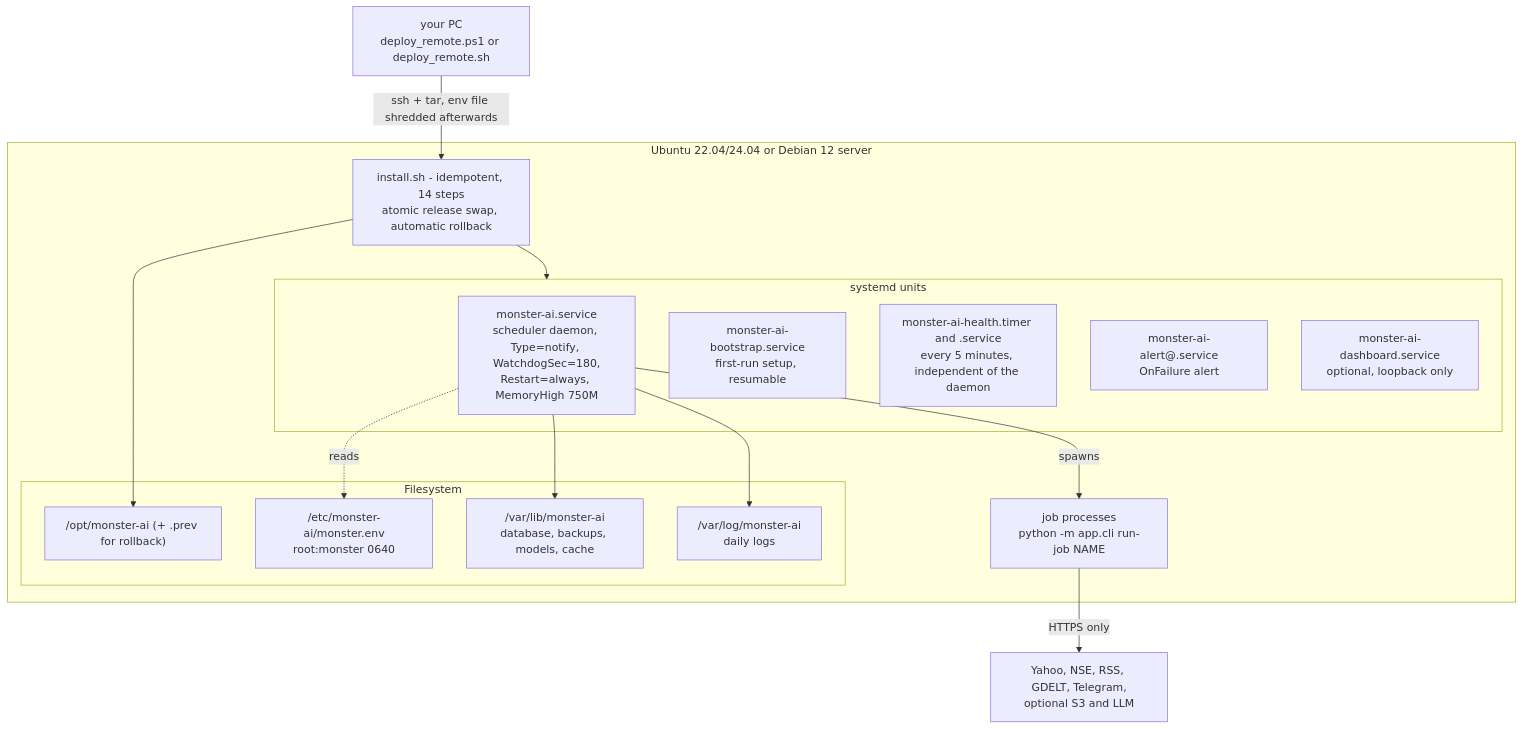
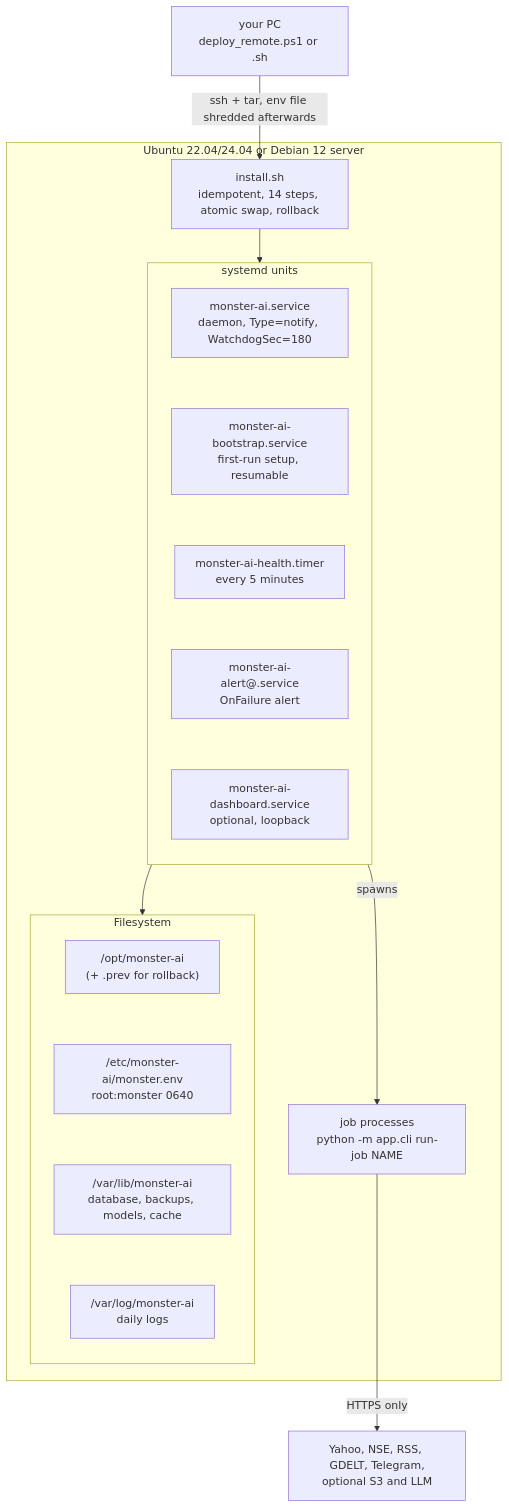
Diagram 18 of 18 in MONSTER-AI/docs/ARCHITECTURE.md (amansoni7477030/MonsterStock_AI), drawn with Mermaid before and after one commit. The commit also changed other lines of this file and 5 other files, not shown here.

````diff
--- a/MONSTER-AI/docs/ARCHITECTURE.md
+++ b/MONSTER-AI/docs/ARCHITECTURE.md
@@ -772,27 +727,19 @@
 ```mermaid
 flowchart TB
-    PC["your PC<br/>deploy_remote.ps1 or deploy_remote.sh"] -->|"ssh + tar, env file shredded afterwards"| INST
+    PC["your PC<br/>deploy_remote.ps1 or .sh"] -->|"ssh + tar, env file shredded afterwards"| INST
     subgraph SRV["Ubuntu 22.04/24.04 or Debian 12 server"]
-        INST["install.sh - idempotent, 14 steps<br/>atomic release swap, automatic rollback"]
+        INST["install.sh<br/>idempotent, 14 steps, atomic swap, rollback"]
         subgraph SD["systemd units"]
-            U1["monster-ai.service<br/>scheduler daemon, Type=notify, WatchdogSec=180,<br/>Restart=always, MemoryHigh 750M"]
-            U2["monster-ai-bootstrap.service<br/>first-run setup, resumable"]
-            U3["monster-ai-health.timer and .service<br/>every 5 minutes, independent of the daemon"]
-            U4["monster-ai-alert@.service<br/>OnFailure alert"]
-            U5["monster-ai-dashboard.service<br/>optional, loopback only"]
+            direction TB
+            U1["monster-ai.service<br/>daemon, Type=notify, WatchdogSec=180"] ~~~ U2["monster-ai-bootstrap.service<br/>first-run setup, resumable"] ~~~ U3["monster-ai-health.timer<br/>every 5 minutes"] ~~~ U4["monster-ai-alert@.service<br/>OnFailure alert"] ~~~ U5["monster-ai-dashboard.service<br/>optional, loopback"]
         end
         subgraph FS["Filesystem"]
-            OPT["/opt/monster-ai (+ .prev for rollback)"]
-            ETC["/etc/monster-ai/monster.env<br/>root:monster 0640"]
-            VAR["/var/lib/monster-ai<br/>database, backups, models, cache"]
-            LOGD["/var/log/monster-ai<br/>daily logs"]
+            direction TB
+            OPT["/opt/monster-ai<br/>(+ .prev for rollback)"] ~~~ ETC["/etc/monster-ai/monster.env<br/>root:monster 0640"] ~~~ VAR["/var/lib/monster-ai<br/>database, backups, models, cache"] ~~~ LOGD["/var/log/monster-ai<br/>daily logs"]
         end
         INST --> SD
-        INST --> OPT
-        U1 --> VAR
-        U1 --> LOGD
-        U1 -.->|"reads"| ETC
+        SD --> FS
         U1 -->|"spawns"| JOBS["job processes<br/>python -m app.cli run-job NAME"]
     end
     JOBS -->|"HTTPS only"| NET["Yahoo, NSE, RSS, GDELT, Telegram,<br/>optional S3 and LLM"]
 ```
````
